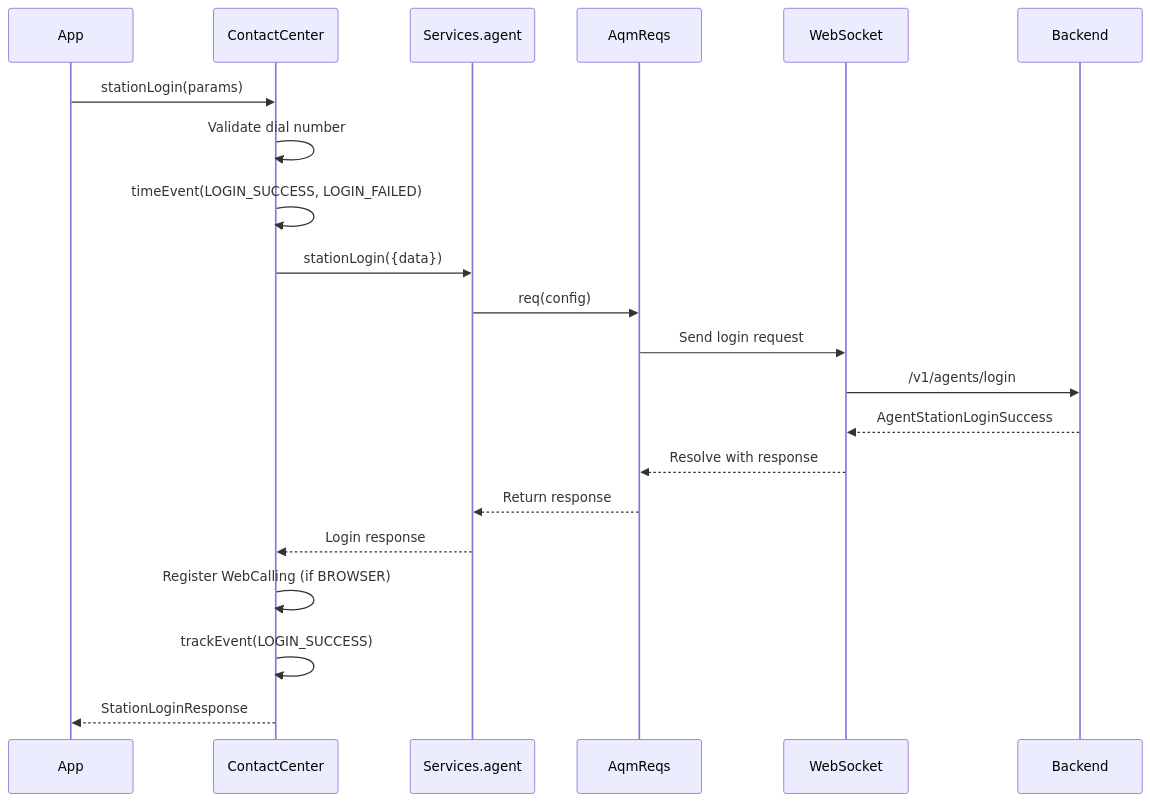
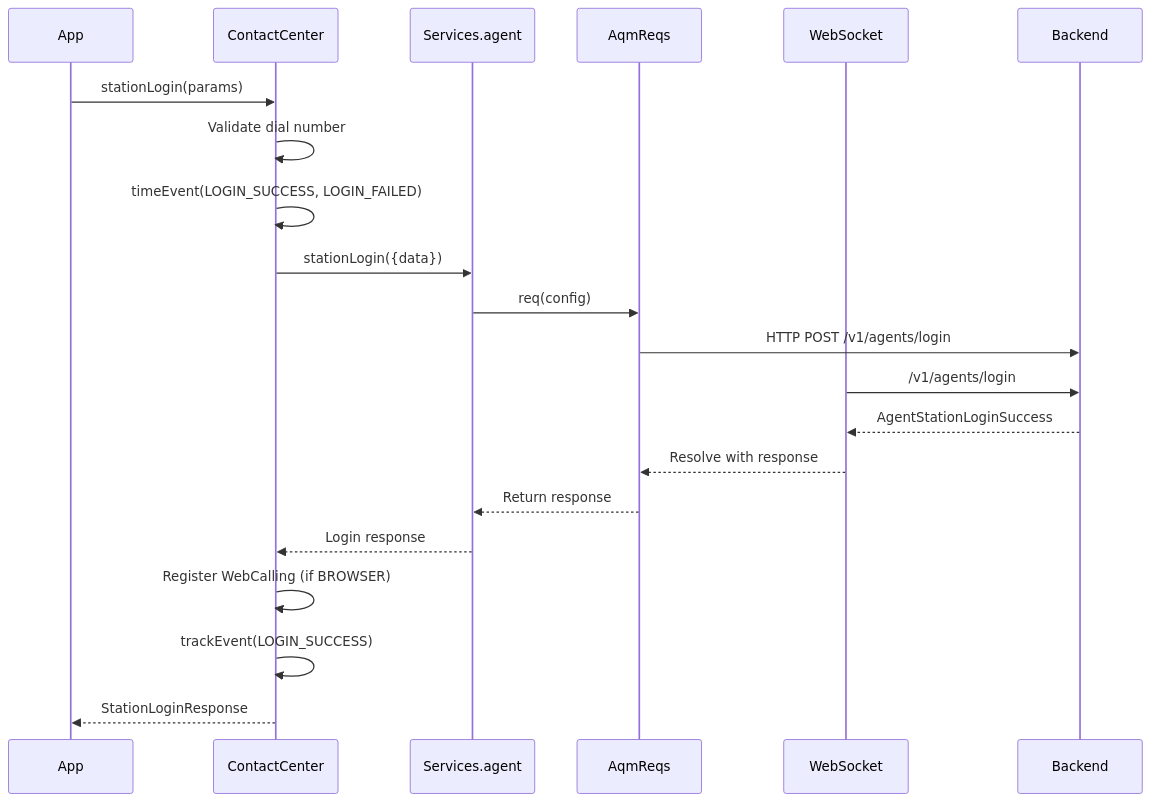
Before and after one commit to webex/webex-js-sdk: the second of 5 diagrams in packages/@webex/contact-center/src/services/agent/ai-docs/ARCHITECTURE.md, drawn with Mermaid. The commit also changed other lines of this file and 1 other file, not shown here.

Commit message:
docs(agents): review comments

````diff
--- a/packages/@webex/contact-center/src/services/agent/ai-docs/ARCHITECTURE.md
+++ b/packages/@webex/contact-center/src/services/agent/ai-docs/ARCHITECTURE.md
@@ -87,24 +87,24 @@
 ```mermaid
 sequenceDiagram
     participant App
     participant CC as ContactCenter
     participant Svc as Services.agent
     participant AQM as AqmReqs
     participant WS as WebSocket
     participant BE as Backend
     
     App->>CC: stationLogin(params)
     CC->>CC: Validate dial number
     CC->>CC: timeEvent(LOGIN_SUCCESS, LOGIN_FAILED)
     CC->>Svc: stationLogin({data})
     Svc->>AQM: req(config)
-    AQM->>WS: Send login request
+    AQM->>BE: HTTP POST /v1/agents/login  
     WS->>BE: /v1/agents/login
     BE-->>WS: AgentStationLoginSuccess
     WS-->>AQM: Resolve with response
     AQM-->>Svc: Return response
     Svc-->>CC: Login response
     CC->>CC: Register WebCalling (if BROWSER)
     CC->>CC: trackEvent(LOGIN_SUCCESS)
     CC-->>App: StationLoginResponse
 ```
````
